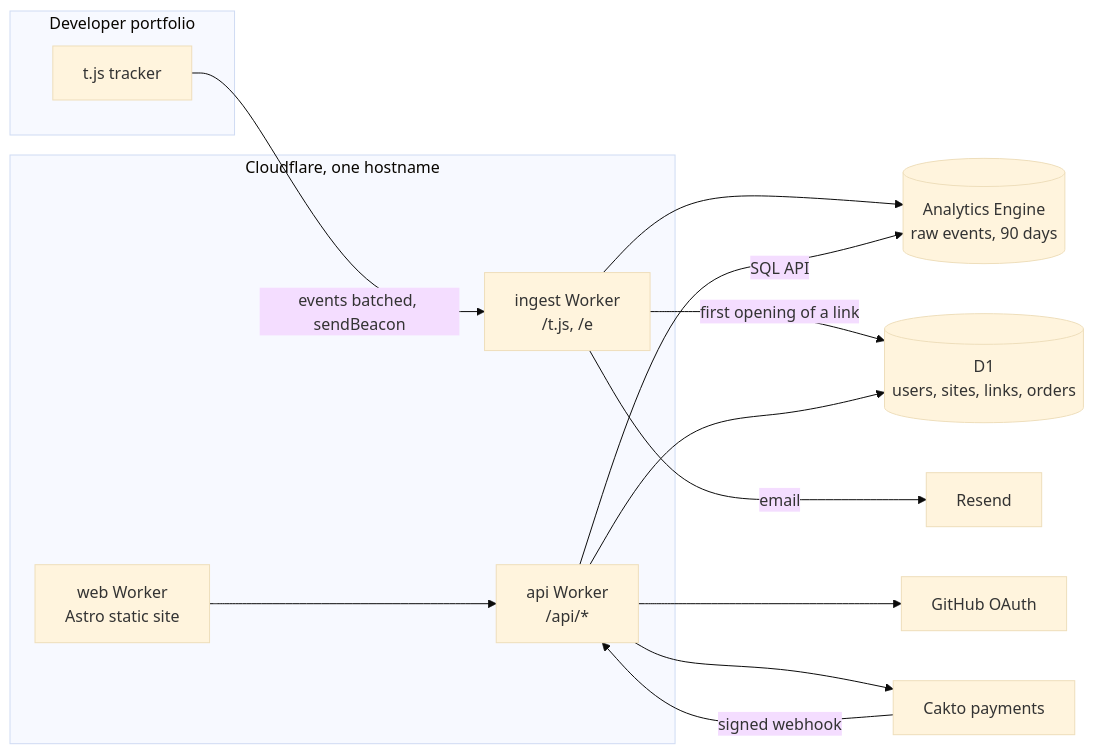
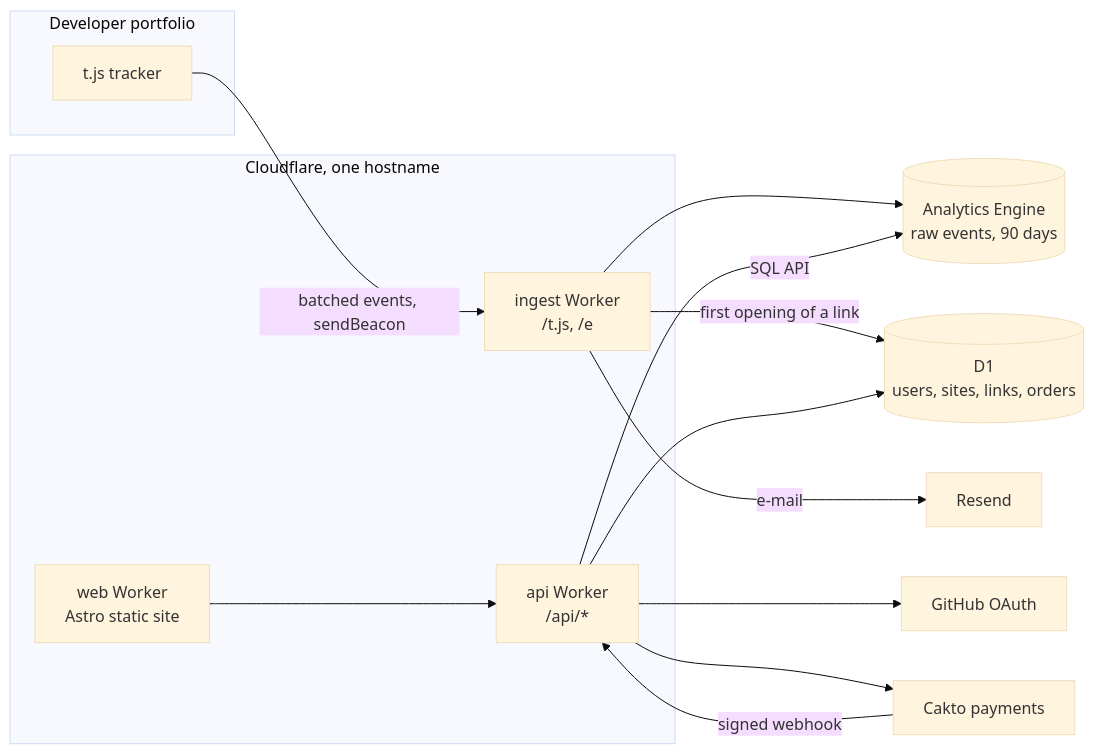
Before and after one commit to gabrueldev/devlytics: the diagram in README.md, drawn with Mermaid (base theme). The commit also changed other lines of this file and 9 other files, not shown here.

````diff
--- a/README.md
+++ b/README.md
@@ -35,29 +93,29 @@
 ```mermaid
 flowchart LR
   subgraph Portfolio["Developer portfolio"]
     T["t.js tracker"]
   end
 
   subgraph Edge["Cloudflare, one hostname"]
     I["ingest Worker<br/>/t.js, /e"]
     A["api Worker<br/>/api/*"]
     W["web Worker<br/>Astro static site"]
   end
 
   AE[("Analytics Engine<br/>raw events, 90 days")]
   D1[("D1<br/>users, sites, links, orders")]
   GH["GitHub OAuth"]
   RS["Resend"]
   CK["Cakto payments"]
 
-  T -- "events batched, sendBeacon" --> I
+  T -- "batched events, sendBeacon" --> I
   I --> AE
   I -- "first opening of a link" --> D1
-  I -- "email" --> RS
+  I -- "e-mail" --> RS
   W --> A
   A -- "SQL API" --> AE
   A --> D1
   A --> GH
   A --> CK
   CK -- "signed webhook" --> A
 ```
````
